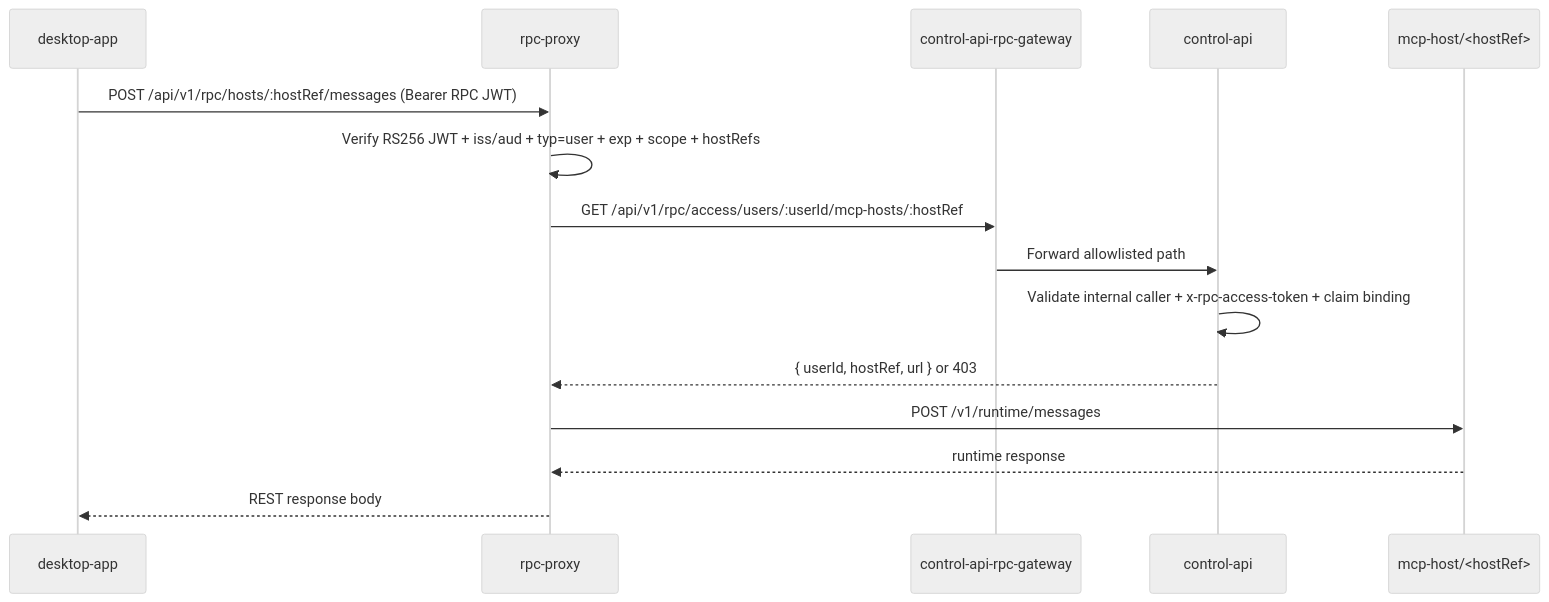
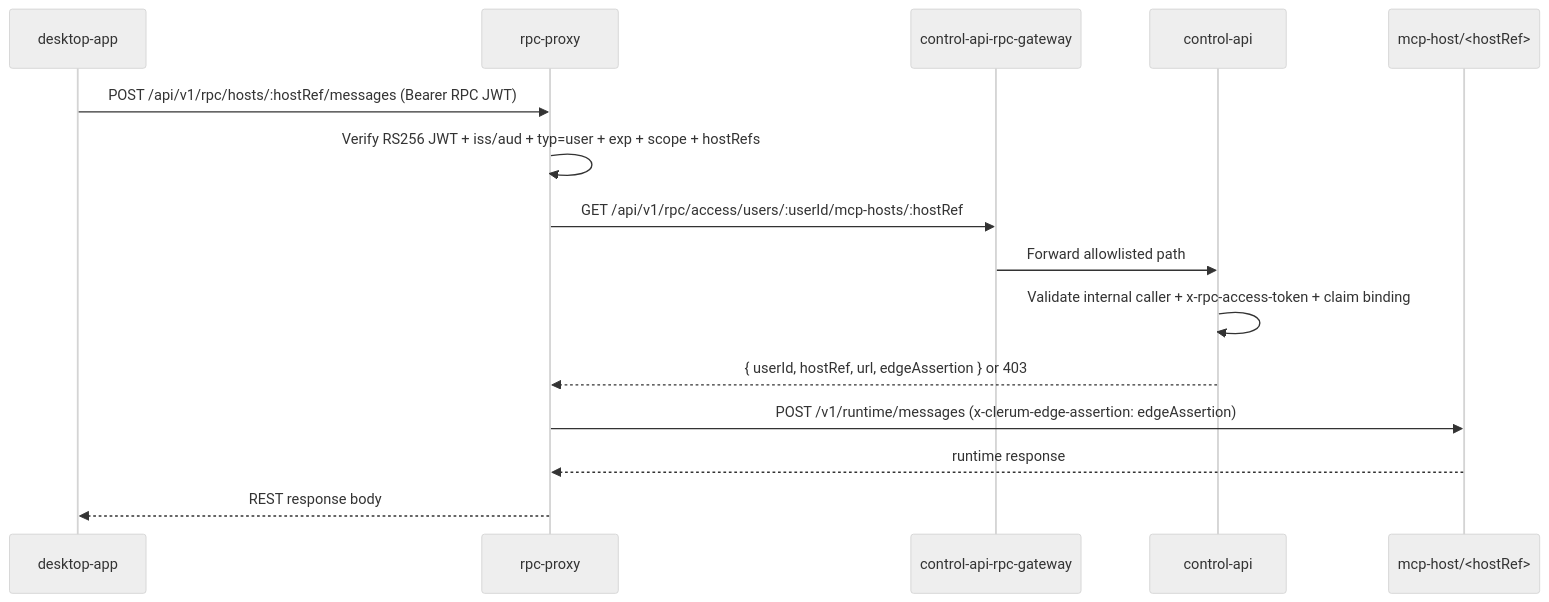
Before and after one commit to evenfire-ai/evenfire: the diagram in rpc-proxy/README.md, drawn with Mermaid (neutral theme). The commit also changed 9 other files, not shown here.

First line of the commit message:
feat(rpc-proxy): forward the V2 Host edge assertion from the checkpoint

````diff
--- a/rpc-proxy/README.md
+++ b/rpc-proxy/README.md
@@ -82,18 +82,18 @@
 ```mermaid
 sequenceDiagram
   participant Desktop as desktop-app
   participant Proxy as rpc-proxy
   participant Gateway as control-api-rpc-gateway
   participant Control as control-api
   participant Host as mcp-host/<hostRef>
 
   Desktop->>Proxy: POST /api/v1/rpc/hosts/:hostRef/messages (Bearer RPC JWT)
   Proxy->>Proxy: Verify RS256 JWT + iss/aud + typ=user + exp + scope + hostRefs
   Proxy->>Gateway: GET /api/v1/rpc/access/users/:userId/mcp-hosts/:hostRef
   Gateway->>Control: Forward allowlisted path
   Control->>Control: Validate internal caller + x-rpc-access-token + claim binding
-  Control-->>Proxy: { userId, hostRef, url } or 403
-  Proxy->>Host: POST /v1/runtime/messages
+  Control-->>Proxy: { userId, hostRef, url, edgeAssertion } or 403
+  Proxy->>Host: POST /v1/runtime/messages (x-clerum-edge-assertion: edgeAssertion)
   Host-->>Proxy: runtime response
   Proxy-->>Desktop: REST response body
 ```
````
